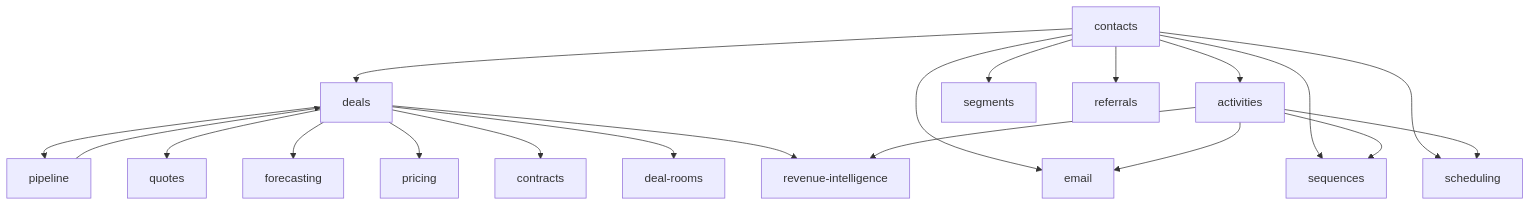
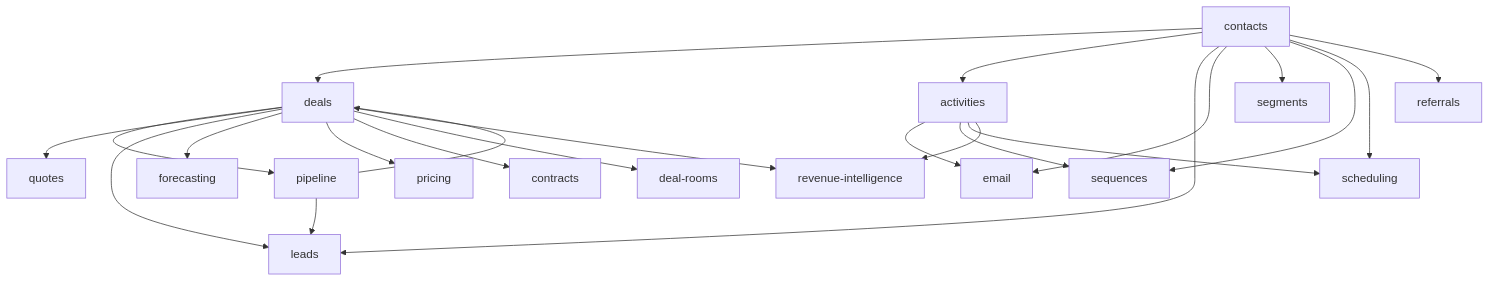
Before and after one commit to Max-Nijenkamp/FlowFlex: the diagram in vault/domains/crm/_index.md, drawn with Mermaid. The commit also changed other lines of this file and 2956 other files, not shown here.

````diff
--- a/vault/domains/crm/_index.md
+++ b/vault/domains/crm/_index.md
@@ -57,22 +68,25 @@
 ```mermaid
 graph TD
     contacts --> deals
     pipeline --> deals
     deals --> pipeline
     contacts --> activities
     deals --> quotes
+    contacts --> leads
+    deals --> leads
+    pipeline --> leads
     contacts --> email
     activities --> email
     contacts --> segments
     contacts --> sequences
     activities --> sequences
     deals --> forecasting
     contacts --> scheduling
     activities --> scheduling
     deals --> pricing
     deals --> contracts
     deals --> deal-rooms
     deals --> revenue-intelligence
     activities --> revenue-intelligence
     contacts --> referrals
 ```
````
